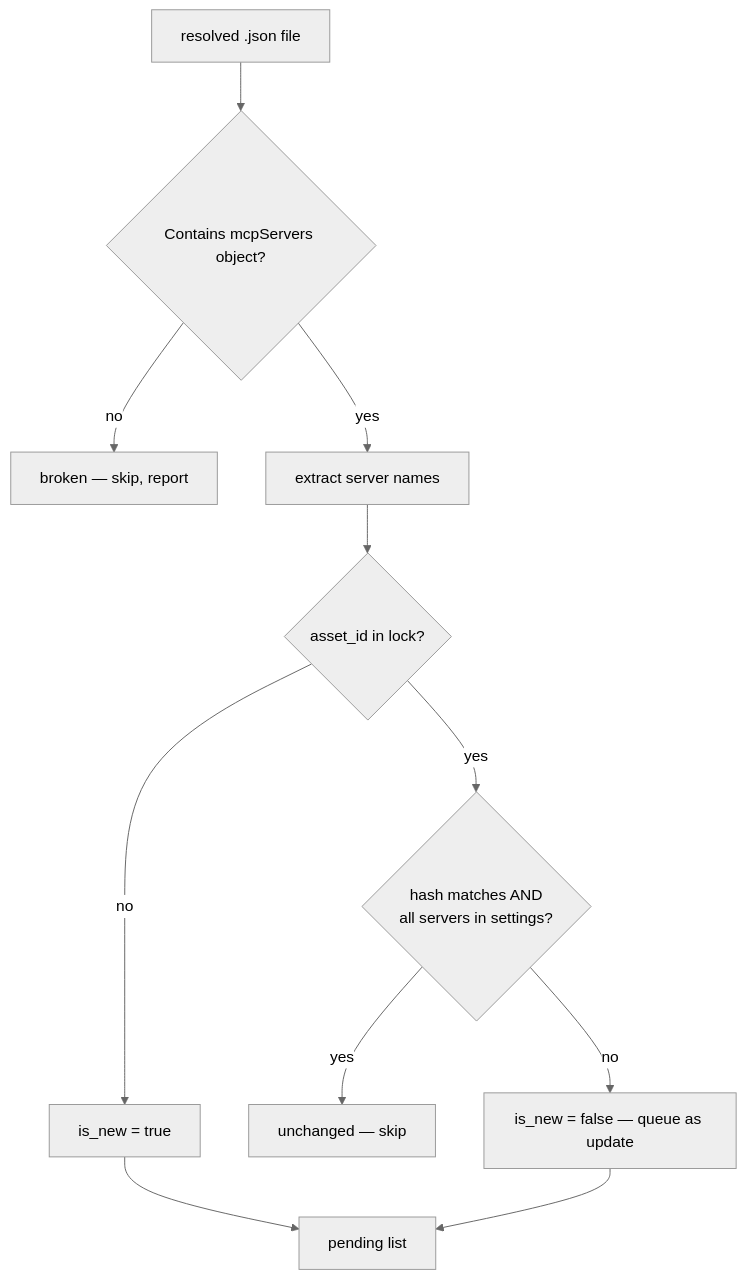
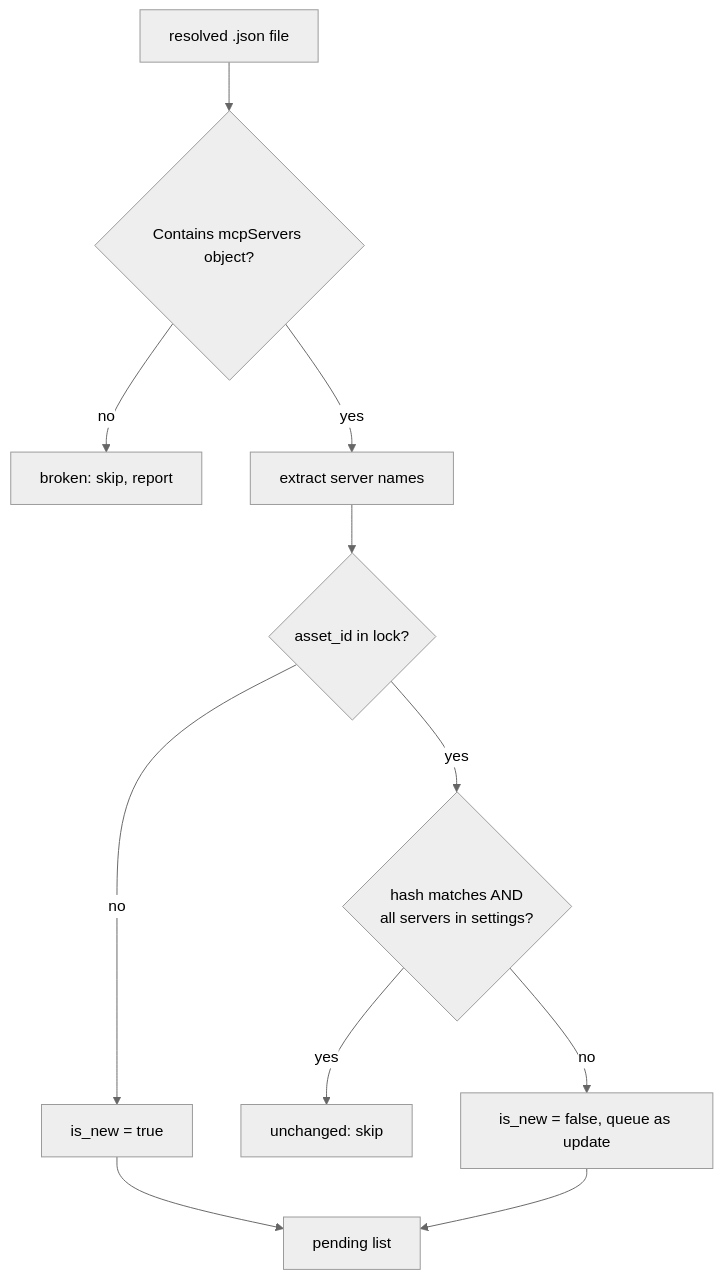
One commit to pivoshenko/kasetto changed the eighth of 10 diagrams in site/content/docs/sync-flow.mdx. Above: the diagram before and after it, drawn with Mermaid (neutral theme). The commit also changed other lines of this file and 23 other files, not shown here.

````diff
--- a/site/content/docs/sync-flow.mdx
+++ b/site/content/docs/sync-flow.mdx
@@ -172,15 +172,15 @@
 ```mermaid
 flowchart TD
     A[resolved .json file] --> B{Contains mcpServers object?}
-    B -->|no| C[broken — skip, report]
+    B -->|no| C[broken: skip, report]
     B -->|yes| D[extract server names]
     D --> E{asset_id in lock?}
 
     E -->|no| F[is_new = true]
     E -->|yes| G{hash matches AND\nall servers in settings?}
-    G -->|yes| H[unchanged — skip]
-    G -->|no| I[is_new = false — queue as update]
+    G -->|yes| H[unchanged: skip]
+    G -->|no| I[is_new = false, queue as update]
 
     F --> J[pending list]
     I --> J
 ```
````
